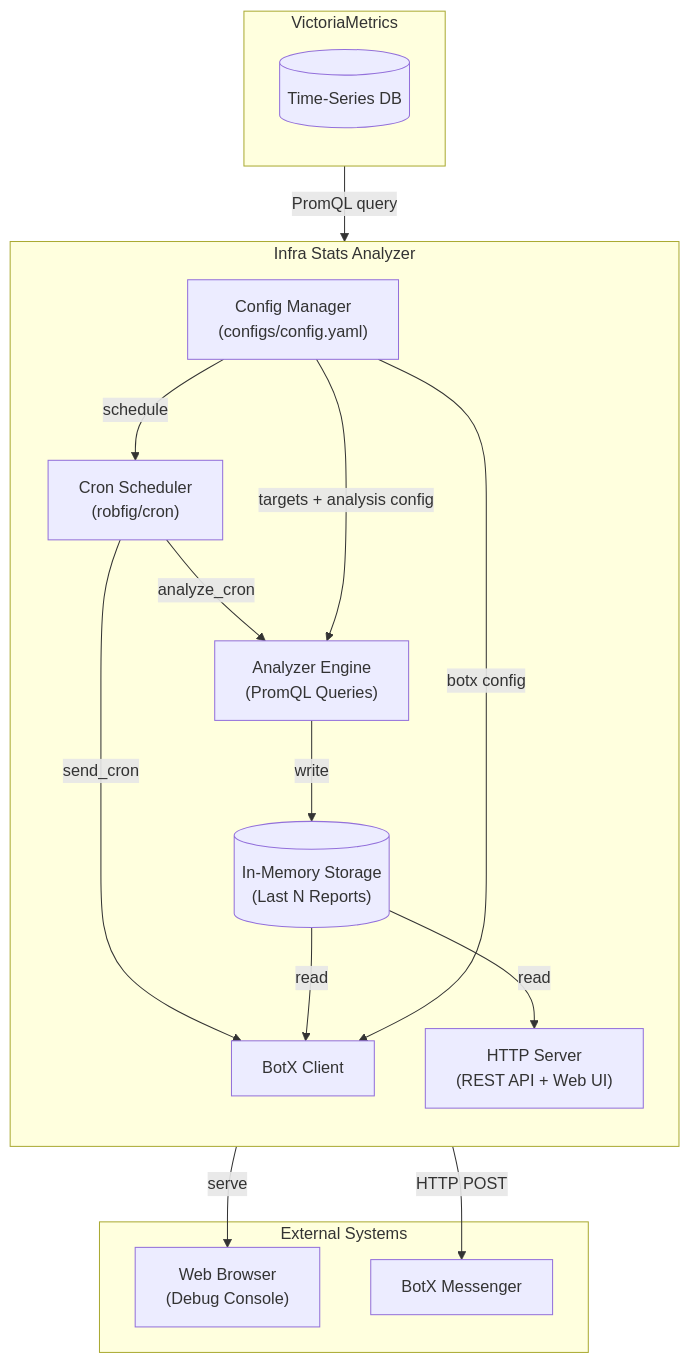
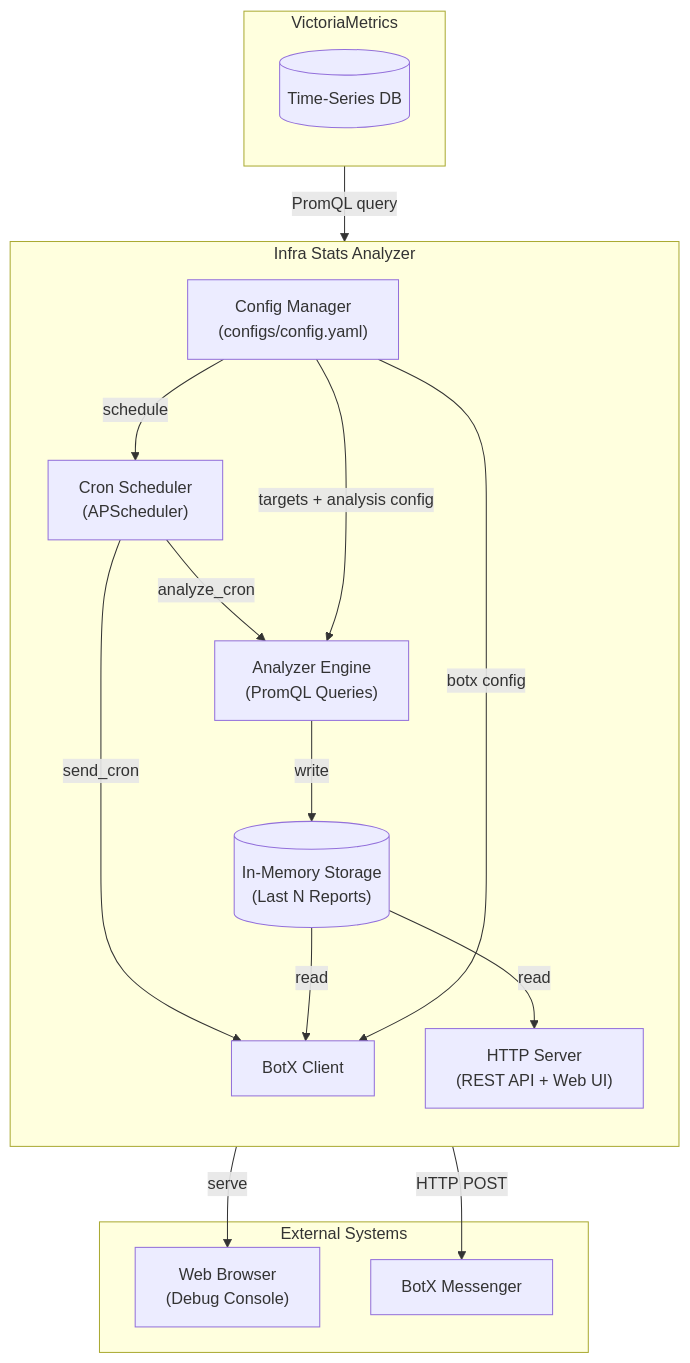
Before and after one commit to KatenKyoukotsu/infra-stats: the diagram in docs/source/index.md, drawn with Mermaid. The commit also changed other lines of this file and 65 other files, not shown here.

````diff
--- a/docs/source/index.md
+++ b/docs/source/index.md
@@ -9,34 +9,34 @@
 ```mermaid
 flowchart TD
     subgraph VM["VictoriaMetrics"]
         direction TB
         TSDB[("Time-Series DB")]
     end
 
     subgraph InfraStats["Infra Stats Analyzer"]
         direction TB
         Config["Config Manager\n(configs/config.yaml)"]
         Engine["Analyzer Engine\n(PromQL Queries)"]
         Storage[("In-Memory Storage\n(Last N Reports)")]
-        Scheduler["Cron Scheduler\n(robfig/cron)"]
+        Scheduler["Cron Scheduler\n(APScheduler)"]
         Notifier["BotX Client"]
         HTTP["HTTP Server\n(REST API + Web UI)"]
     end
 
     subgraph External["External Systems"]
         Browser["Web Browser\n(Debug Console)"]
         BotX["BotX Messenger"]
     end
 
     VM -->|"PromQL query"| Engine
     Scheduler -->|"analyze_cron"| Engine
     Scheduler -->|"send_cron"| Notifier
     Engine -->|"write"| Storage
     Storage -->|"read"| Notifier
     Storage -->|"read"| HTTP
     HTTP -->|"serve"| Browser
     Notifier -->|"HTTP POST"| BotX
     Config -->|"targets + analysis config"| Engine
     Config -->|"schedule"| Scheduler
     Config -->|"botx config"| Notifier
 ```
````
